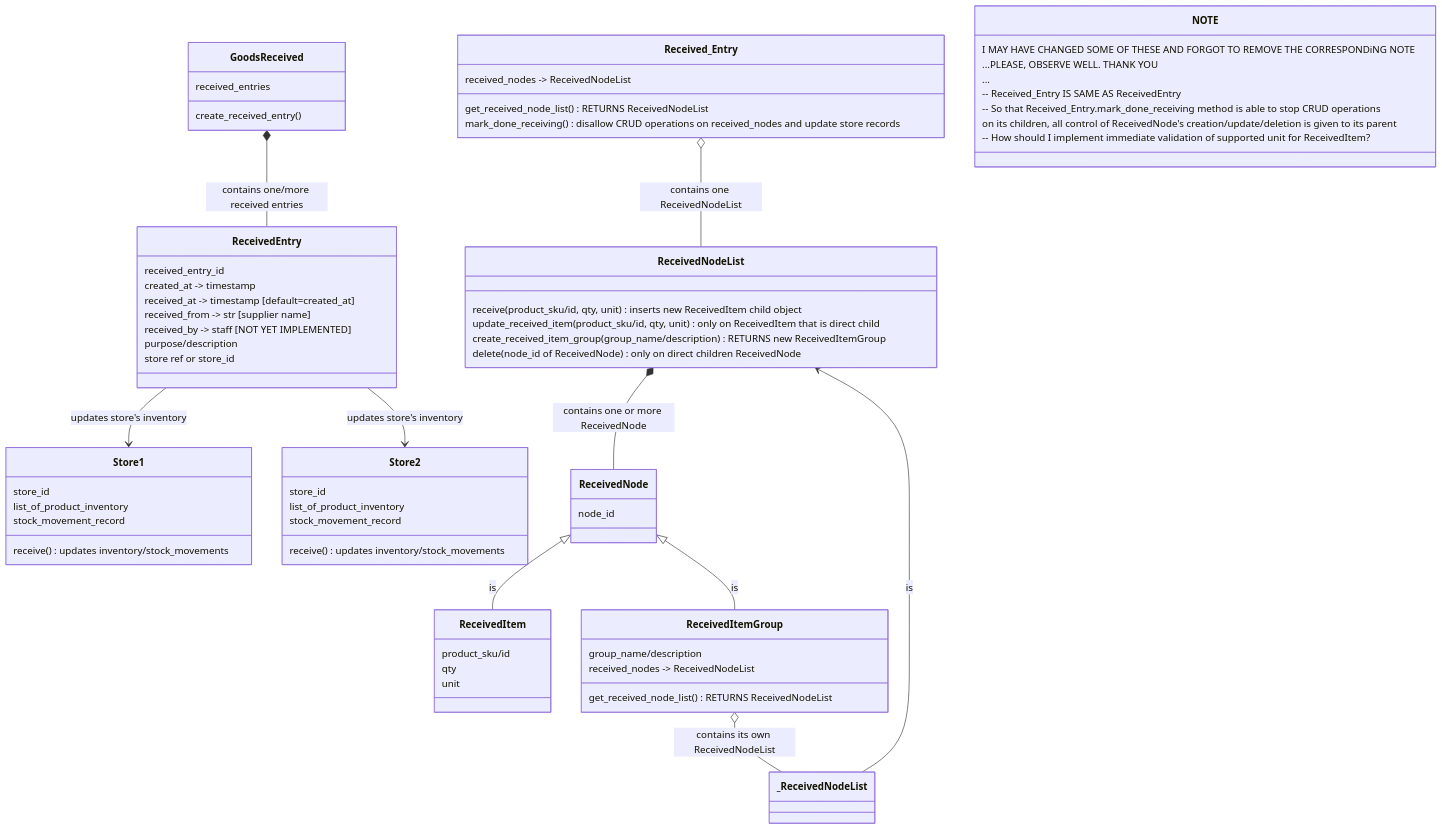
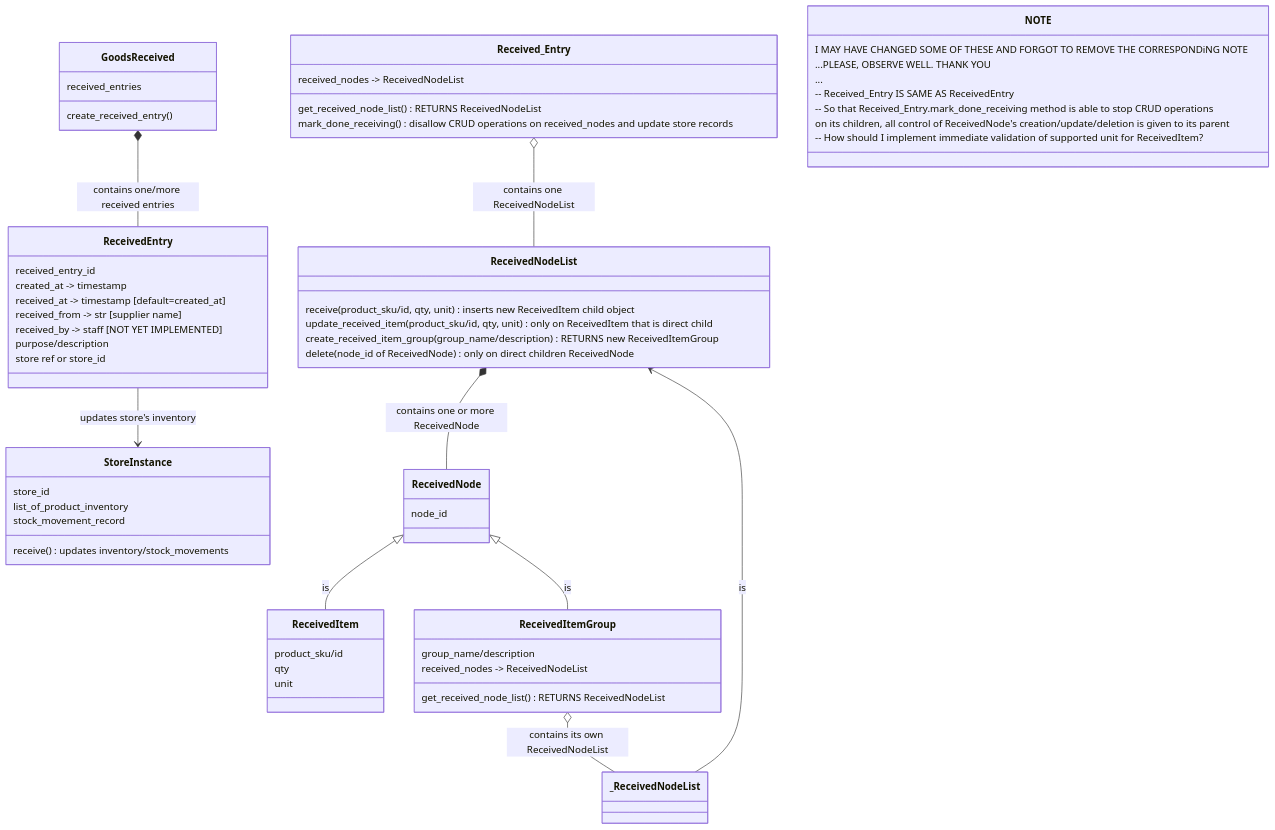
Before and after one commit to themanprince/mnlsir: the diagram in docs/design_brainstorm_1.md, drawn with Mermaid. The commit also changed 1 other file, not shown here.

Commit message:
remove confusing multiple store classes from classDiagram, which originally suggested that the current design allows for a GoodsReceived.ReceivedEntry to update multiple stores.

````diff
--- a/docs/design_brainstorm_1.md
+++ b/docs/design_brainstorm_1.md
@@ -10,79 +10,73 @@
 ```mermaid
 
 classDiagram
     
     GoodsReceived *-- ReceivedEntry: contains one/more received entries
     
-    ReceivedEntry --> Store1: updates store's inventory
-    ReceivedEntry --> Store2: updates store's inventory
+    ReceivedEntry --> StoreInstance: updates store's inventory
     
     Received_Entry o-- ReceivedNodeList: contains one ReceivedNodeList
     ReceivedNodeList *-- ReceivedNode: contains one or more ReceivedNode
     
     ReceivedNode <|-- ReceivedItem: is
     ReceivedNode <|-- ReceivedItemGroup: is 
     
     ReceivedItemGroup o-- _ReceivedNodeList: contains its own ReceivedNodeList
     _ReceivedNodeList --> ReceivedNodeList: is
     
    
    GoodsReceived: create_received_entry()
    GoodsReceived: received_entries
     
     ReceivedEntry: received_entry_id
     ReceivedEntry: created_at -> timestamp
     ReceivedEntry: received_at -> timestamp [default=created_at]
     ReceivedEntry: received_from -> str [supplier name]
     ReceivedEntry: received_by -> staff [NOT YET IMPLEMENTED]
     ReceivedEntry: purpose/description
     ReceivedEntry: store ref or store_id
     
     
-    Store1: store_id
-    Store1:  list_of_product_inventory
-    Store1: stock_movement_record
-    Store1: receive() updates inventory/stock_movements
-    
-    Store2: store_id  
-    Store2: list_of_product_inventory
-    Store2: stock_movement_record
-    Store2: receive() updates inventory/stock_movements
-    
+    StoreInstance: store_id
+    StoreInstance:  list_of_product_inventory
+    StoreInstance: stock_movement_record
+    StoreInstance: receive() updates inventory/stock_movements
+        
     
     
     Received_Entry: received_nodes -> ReceivedNodeList
     Received_Entry: get_received_node_list() RETURNS ReceivedNodeList
     Received_Entry: mark_done_receiving() disallow CRUD operations on received_nodes and update store records
     
     
     
     ReceivedNodeList: receive(product_sku/id, qty, unit) inserts new ReceivedItem child object
     ReceivedNodeList: update_received_item(product_sku/id, qty, unit) only on ReceivedItem that is direct child
     ReceivedNodeList: create_received_item_group(group_name/description) RETURNS new ReceivedItemGroup
     ReceivedNodeList: delete(node_id of ReceivedNode) only on direct children ReceivedNode
      
      
     ReceivedNode: node_id
      
      
     ReceivedItem: product_sku/id
     ReceivedItem: qty
     ReceivedItem: unit
      
     
     ReceivedItemGroup: group_name/description
     ReceivedItemGroup: received_nodes -> ReceivedNodeList
     ReceivedItemGroup: get_received_node_list() RETURNS ReceivedNodeList
     
     
     
     
     NOTE: I MAY HAVE CHANGED SOME OF THESE AND FORGOT TO REMOVE THE CORRESPONDiNG NOTE
     NOTE: ...PLEASE, OBSERVE WELL. THANK YOU
     NOTE: ...
     NOTE: -- Received_Entry IS SAME AS ReceivedEntry
     NOTE: -- So that Received_Entry.mark_done_receiving method is able to stop CRUD operations
     NOTE: on its children, all control of ReceivedNode's creation/update/deletion is given to its parent
     NOTE: -- How should I implement immediate validation of supported unit for ReceivedItem?
 
 ```
````
